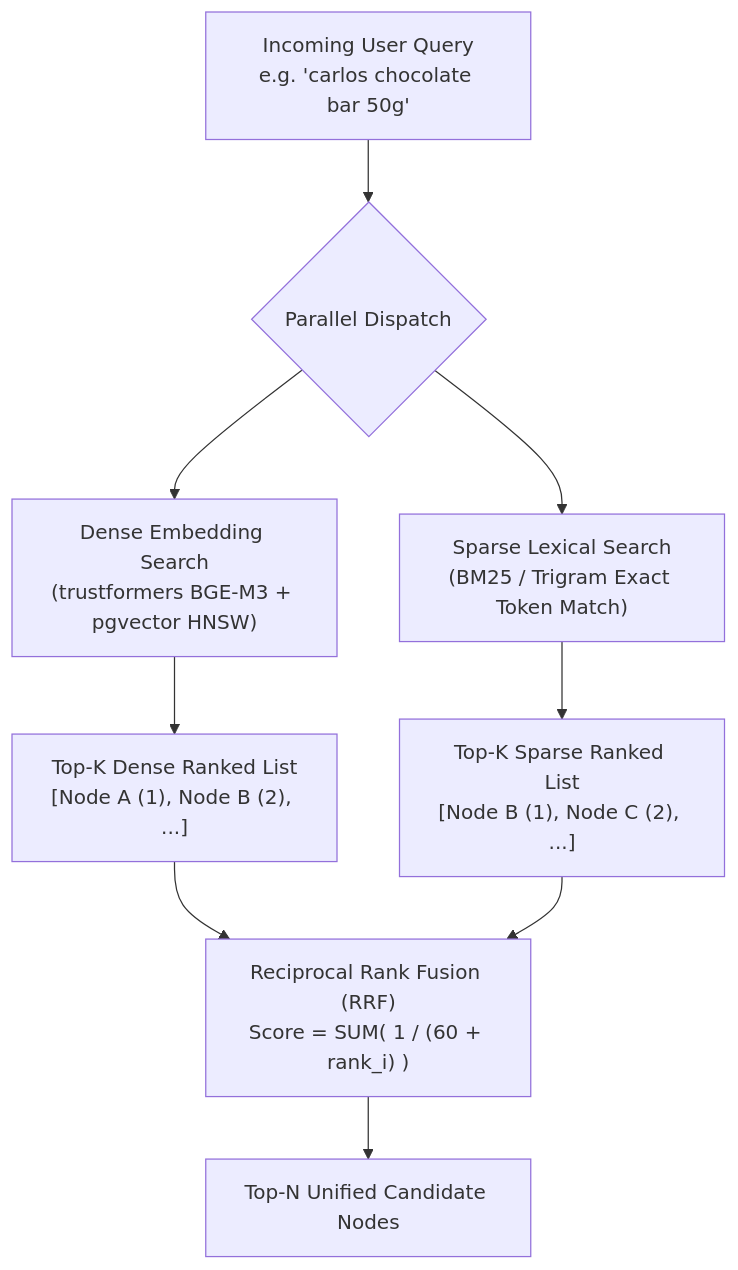
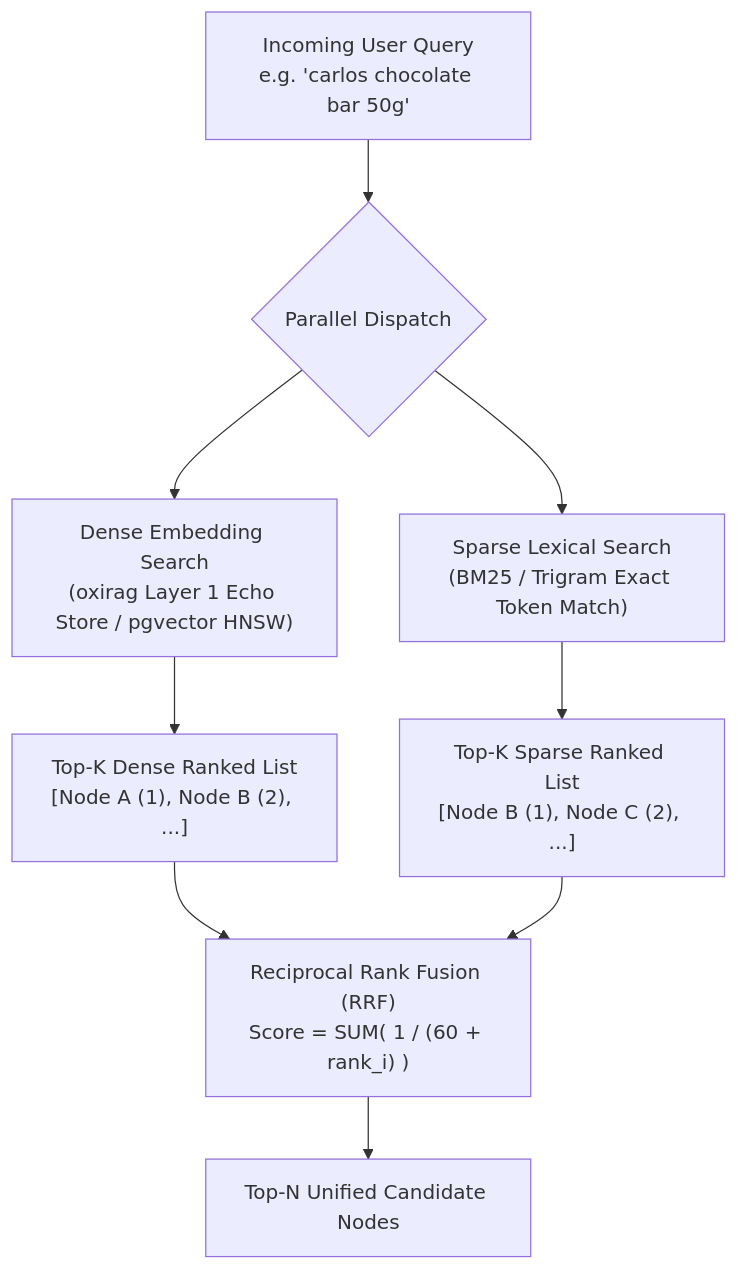
One commit to yasuomaidana/embedag changed the diagram in doc/17_Hybrid_Vector_and_Lexical_Retrieval.md. Above: the diagram before and after it, drawn with Mermaid. The commit also changed other lines of this file and 12 other files, not shown here.

Commit message:
feat: enhance documentation for extraction schemas and retrieval architecture

````diff
--- a/doc/17_Hybrid_Vector_and_Lexical_Retrieval.md
+++ b/doc/17_Hybrid_Vector_and_Lexical_Retrieval.md
@@ -25,10 +25,10 @@
 ```mermaid
 flowchart TD
     Query["Incoming User Query<br/>e.g. 'carlos chocolate bar 50g'"] --> Splitter{"Parallel Dispatch"}
-    Splitter --> DenseBranch["Dense Embedding Search<br/>(trustformers BGE-M3 + pgvector HNSW)"]
+    Splitter --> DenseBranch["Dense Embedding Search<br/>(oxirag Layer 1 Echo Store / pgvector HNSW)"]
     Splitter --> SparseBranch["Sparse Lexical Search<br/>(BM25 / Trigram Exact Token Match)"]
     DenseBranch --> TopKDense["Top-K Dense Ranked List<br/>[Node A (1), Node B (2), ...]"]
     SparseBranch --> TopKSparse["Top-K Sparse Ranked List<br/>[Node B (1), Node C (2), ...]"]
     TopKDense & TopKSparse --> RRF["Reciprocal Rank Fusion (RRF)<br/>Score = SUM( 1 / (60 + rank_i) )"]
     RRF --> FusedCandidates["Top-N Unified Candidate Nodes"]
 ```
````
